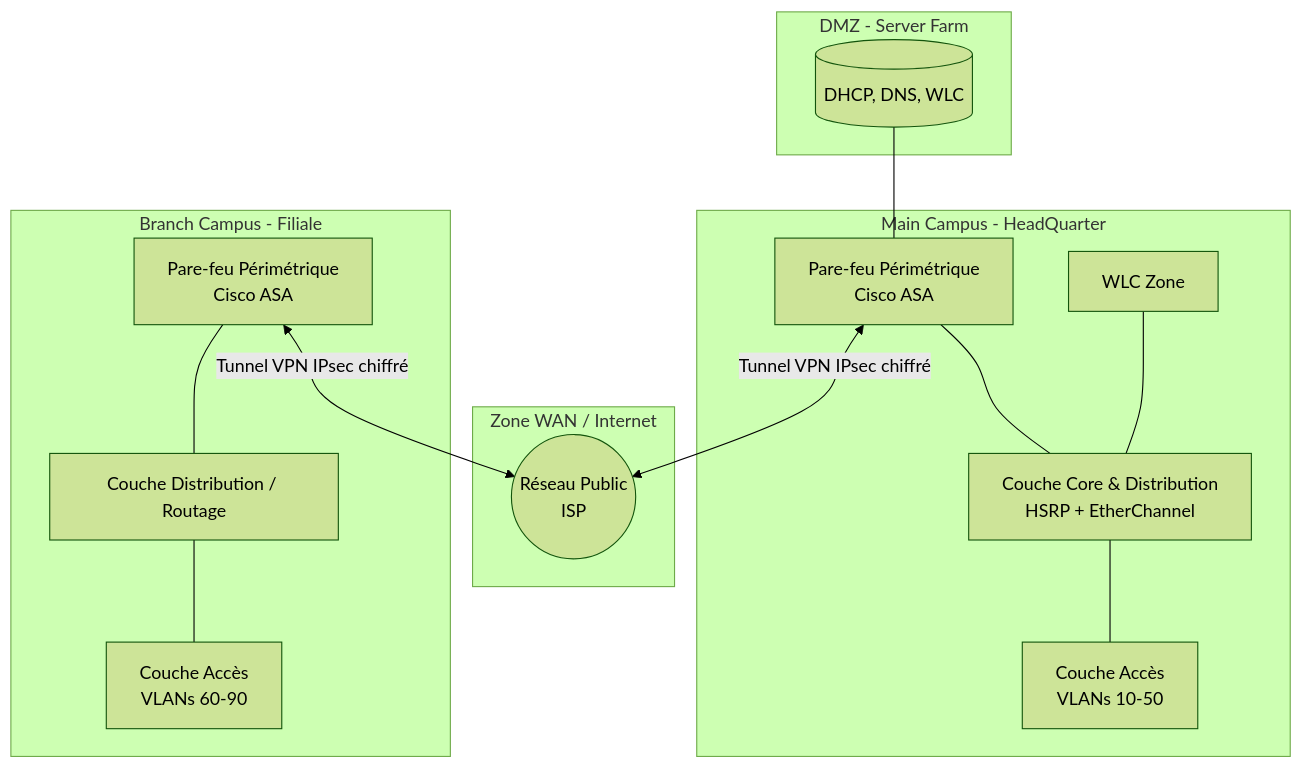
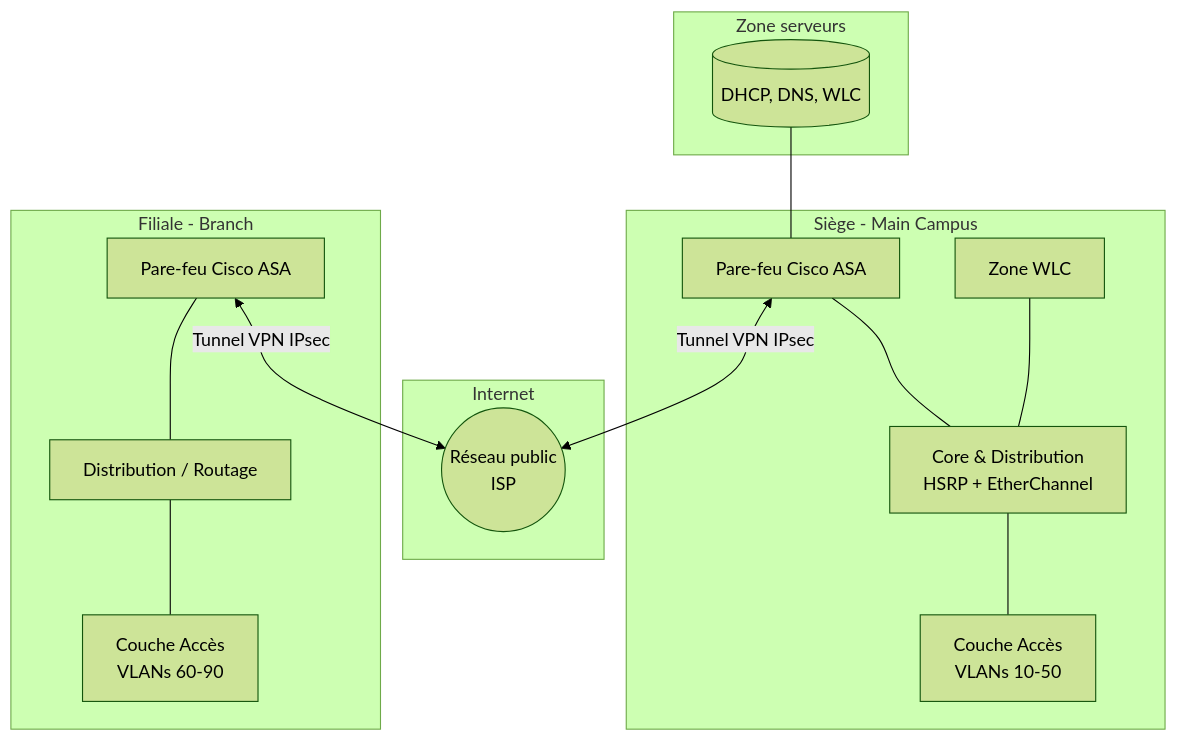
Before and after one commit to JulianKuypers/portfolio: the diagram in Architecture Réseau Campus Sécurisée (Cisco).md, drawn with Mermaid (forest theme). The commit also changed other lines of this file, not shown here.

First line of the commit message:
Revise network architecture and security descriptions

````diff
--- a/Architecture Réseau Campus Sécurisée (Cisco).md
+++ b/Architecture Réseau Campus Sécurisée (Cisco).md
@@ -5,39 +5,32 @@
 ```mermaid
 graph TD
-    %% 1. La DMZ en haut à gauche (rattachée au HQ)
-    subgraph DMZ [DMZ - Server Farm]
+    subgraph DMZ [Zone serveurs]
         Servers[(DHCP, DNS, WLC)]
     end
 
-    %% 2. Le Campus Principal à gauche
-    subgraph HQ [Main Campus - HeadQuarter]
-        ASA_HQ[Pare-feu Périmétrique<br/>Cisco ASA]
-        Core[Couche Core & Distribution<br/>HSRP + EtherChannel]
+    subgraph HQ [Siège - Main Campus]
+        ASA_HQ[Pare-feu Cisco ASA]
+        Core[Core & Distribution<br/>HSRP + EtherChannel]
         Acc[Couche Accès<br/>VLANs 10-50]
-        WLC[WLC Zone]
-        
+        WLC[Zone WLC]
         ASA_HQ --- Core
         WLC --- Core
         Core --- Acc
     end
 
-    %% 3. Le Réseau WAN / Internet au milieu
-    subgraph WAN [Zone WAN / Internet]
-        ISP((Réseau Public<br/>ISP))
+    subgraph WAN [Internet]
+        ISP((Réseau public<br/>ISP))
     end
 
-    %% 4. La Filiale à droite
-    subgraph Branch [Branch Campus - Filiale]
-        ASA_BR[Pare-feu Périmétrique<br/>Cisco ASA]
-        Dist_BR[Couche Distribution / Routage]
+    subgraph Branch [Filiale - Branch]
+        ASA_BR[Pare-feu Cisco ASA]
+        Dist_BR[Distribution / Routage]
         Acc_BR[Couche Accès<br/>VLANs 60-90]
-
         ASA_BR --- Dist_BR
         Dist_BR --- Acc_BR
     end
 
-    %% 5. Connexions finales
     Servers --- ASA_HQ
-    ASA_HQ <-->|Tunnel VPN IPsec chiffré| ISP
-    ASA_BR <-->|Tunnel VPN IPsec chiffré| ISP
+    ASA_HQ <-->|Tunnel VPN IPsec| ISP
+    ASA_BR <-->|Tunnel VPN IPsec| ISP
 ```
````
